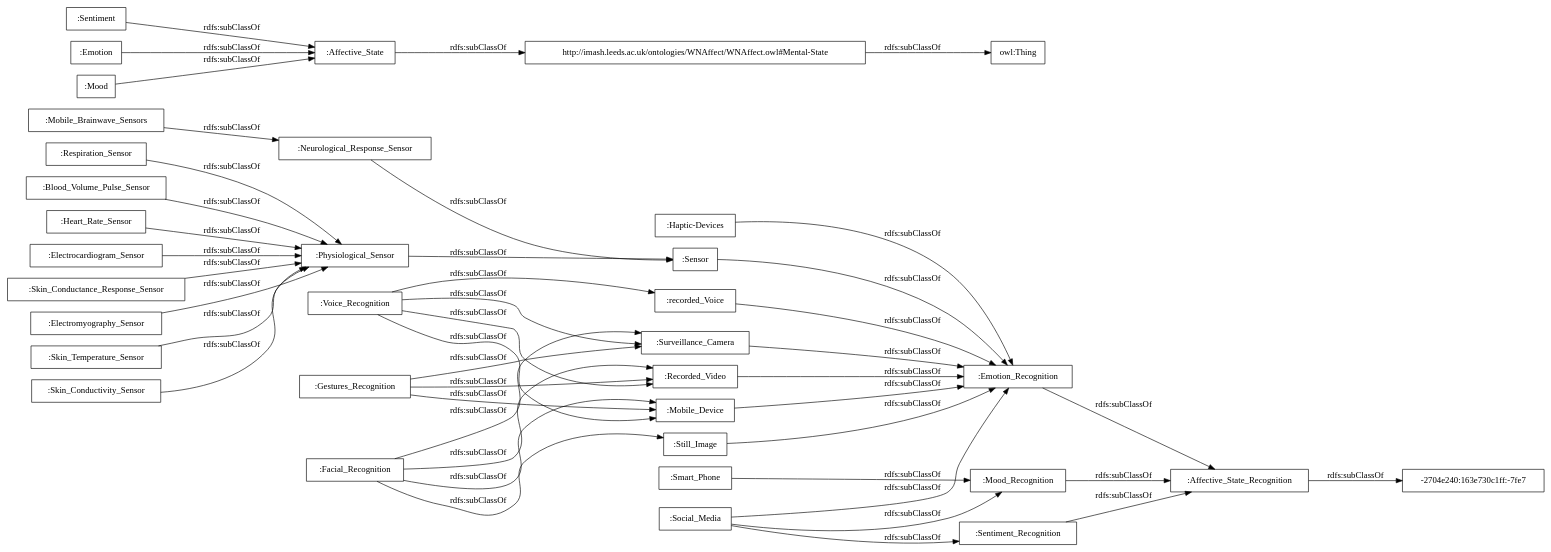
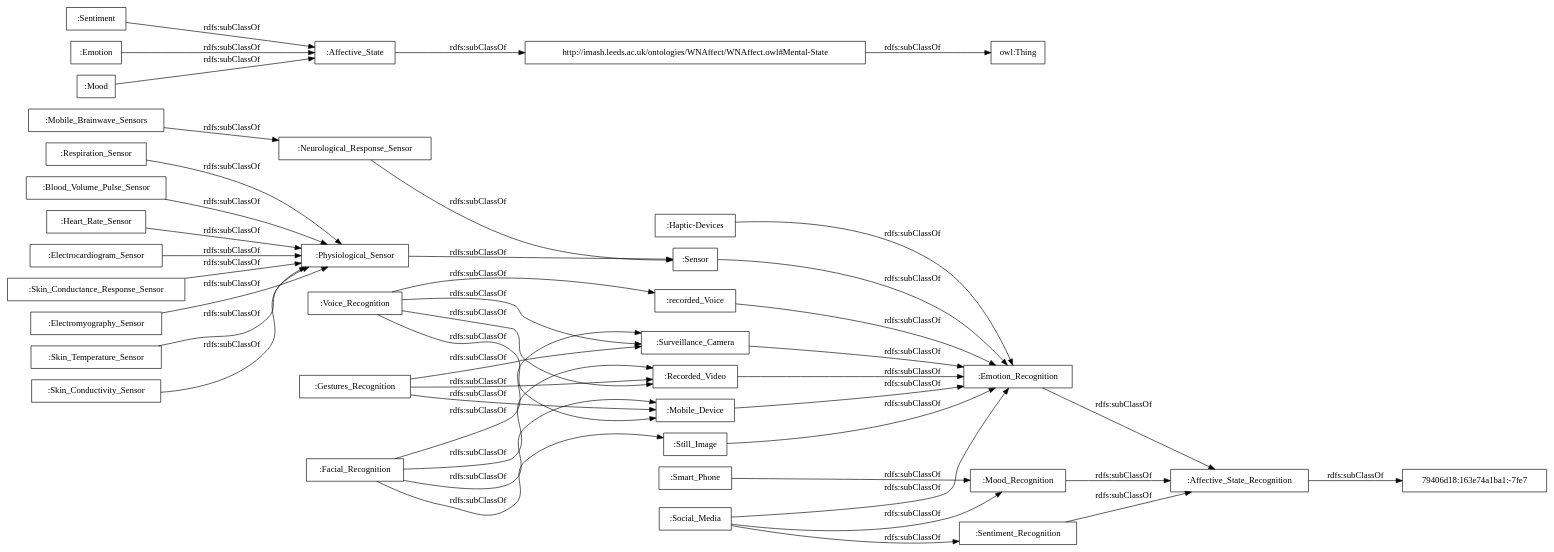
Before and after one commit to rana-othman/HASIO-Modularization: the diagram in OnToology/Affective_States_Recognition_Module.owl/diagrams/ar2dtool-taxonomy/Affective_States_Recognition_Module.owl.png.dot, drawn with Graphviz. The commit also changed 9 other files, not shown here.

```diff
--- a/OnToology/Affective_States_Recognition_Module.owl/diagrams/ar2dtool-taxonomy/Affective_States_Recognition_Module.owl.png.dot
+++ b/OnToology/Affective_States_Recognition_Module.owl/diagrams/ar2dtool-taxonomy/Affective_States_Recognition_Module.owl.png.dot
@@ -1,48 +1,48 @@
 digraph ar2dtool_diagram { 
 rankdir=LR;
 size="1000"
-node [shape = rectangle, color="black"]; ":Mobile_Device" ":Voice_Recognition" ":Sentiment" ":Heart_Rate_Sensor" ":Neurological_Response_Sensor" ":Haptic-Devices" ":Electrocardiogram_Sensor" ":Still_Image" ":Sensor" ":Emotion" ":Skin_Conductance_Response_Sensor" ":Mood" ":Mobile_Brainwave_Sensors" ":Affective_State" "-2704e240:163e730c1ff:-7fe7" ":recorded_Voice" ":Electromyography_Sensor" ":Physiological_Sensor" ":Emotion_Recognition" ":Skin_Temperature_Sensor" ":Facial_Recognition" ":Skin_Conductivity_Sensor" ":Recorded_Video" ":Surveillance_Camera" ":Smart_Phone" ":Gestures_Recognition" "http://imash.leeds.ac.uk/ontologies/WNAffect/WNAffect.owl#Mental-State" ":Mood_Recognition" ":Sentiment_Recognition" ":Social_Media" ":Respiration_Sensor" ":Blood_Volume_Pulse_Sensor" ":Affective_State_Recognition" ; /*classes style*/
+node [shape = rectangle, color="black"]; ":Mobile_Device" ":Voice_Recognition" ":Sentiment" ":Heart_Rate_Sensor" ":Neurological_Response_Sensor" ":Haptic-Devices" ":Electrocardiogram_Sensor" ":Still_Image" ":Sensor" ":Emotion" "79406d18:163e74a1ba1:-7fe7" ":Skin_Conductance_Response_Sensor" ":Mood" ":Mobile_Brainwave_Sensors" ":Affective_State" ":recorded_Voice" ":Electromyography_Sensor" ":Physiological_Sensor" ":Emotion_Recognition" ":Skin_Temperature_Sensor" ":Facial_Recognition" ":Skin_Conductivity_Sensor" ":Recorded_Video" ":Surveillance_Camera" ":Gestures_Recognition" "http://imash.leeds.ac.uk/ontologies/WNAffect/WNAffect.owl#Mental-State" ":Mood_Recognition" ":Smart_Phone" ":Sentiment_Recognition" ":Social_Media" ":Respiration_Sensor" ":Blood_Volume_Pulse_Sensor" ":Affective_State_Recognition" ; /*classes style*/
 	":Emotion_Recognition" -> ":Affective_State_Recognition" [ label = "rdfs:subClassOf" ];
 	":Voice_Recognition" -> ":recorded_Voice" [ label = "rdfs:subClassOf" ];
 	":Voice_Recognition" -> ":Surveillance_Camera" [ label = "rdfs:subClassOf" ];
 	":Voice_Recognition" -> ":Recorded_Video" [ label = "rdfs:subClassOf" ];
 	":Voice_Recognition" -> ":Mobile_Device" [ label = "rdfs:subClassOf" ];
 	":Skin_Conductance_Response_Sensor" -> ":Physiological_Sensor" [ label = "rdfs:subClassOf" ];
 	":Smart_Phone" -> ":Mood_Recognition" [ label = "rdfs:subClassOf" ];
 	":Electromyography_Sensor" -> ":Physiological_Sensor" [ label = "rdfs:subClassOf" ];
 	":recorded_Voice" -> ":Emotion_Recognition" [ label = "rdfs:subClassOf" ];
 	":Emotion" -> ":Affective_State" [ label = "rdfs:subClassOf" ];
 	":Skin_Conductivity_Sensor" -> ":Physiological_Sensor" [ label = "rdfs:subClassOf" ];
 	"http://imash.leeds.ac.uk/ontologies/WNAffect/WNAffect.owl#Mental-State" -> "owl:Thing" [ label = "rdfs:subClassOf" ];
 	":Facial_Recognition" -> ":Surveillance_Camera" [ label = "rdfs:subClassOf" ];
 	":Facial_Recognition" -> ":Still_Image" [ label = "rdfs:subClassOf" ];
 	":Facial_Recognition" -> ":Recorded_Video" [ label = "rdfs:subClassOf" ];
 	":Facial_Recognition" -> ":Mobile_Device" [ label = "rdfs:subClassOf" ];
 	":Skin_Temperature_Sensor" -> ":Physiological_Sensor" [ label = "rdfs:subClassOf" ];
 	":Sentiment" -> ":Affective_State" [ label = "rdfs:subClassOf" ];
 	":Mood_Recognition" -> ":Affective_State_Recognition" [ label = "rdfs:subClassOf" ];
 	":Neurological_Response_Sensor" -> ":Sensor" [ label = "rdfs:subClassOf" ];
 	":Affective_State" -> "http://imash.leeds.ac.uk/ontologies/WNAffect/WNAffect.owl#Mental-State" [ label = "rdfs:subClassOf" ];
 	":Mobile_Brainwave_Sensors" -> ":Neurological_Response_Sensor" [ label = "rdfs:subClassOf" ];
 	":Still_Image" -> ":Emotion_Recognition" [ label = "rdfs:subClassOf" ];
-	":Affective_State_Recognition" -> "-2704e240:163e730c1ff:-7fe7" [ label = "rdfs:subClassOf" ];
+	":Affective_State_Recognition" -> "79406d18:163e74a1ba1:-7fe7" [ label = "rdfs:subClassOf" ];
 	":Recorded_Video" -> ":Emotion_Recognition" [ label = "rdfs:subClassOf" ];
 	":Sentiment_Recognition" -> ":Affective_State_Recognition" [ label = "rdfs:subClassOf" ];
 	":Blood_Volume_Pulse_Sensor" -> ":Physiological_Sensor" [ label = "rdfs:subClassOf" ];
 	":Gestures_Recognition" -> ":Surveillance_Camera" [ label = "rdfs:subClassOf" ];
 	":Gestures_Recognition" -> ":Recorded_Video" [ label = "rdfs:subClassOf" ];
 	":Gestures_Recognition" -> ":Mobile_Device" [ label = "rdfs:subClassOf" ];
 	":Surveillance_Camera" -> ":Emotion_Recognition" [ label = "rdfs:subClassOf" ];
 	":Mobile_Device" -> ":Emotion_Recognition" [ label = "rdfs:subClassOf" ];
 	":Haptic-Devices" -> ":Emotion_Recognition" [ label = "rdfs:subClassOf" ];
 	":Physiological_Sensor" -> ":Sensor" [ label = "rdfs:subClassOf" ];
 	":Electrocardiogram_Sensor" -> ":Physiological_Sensor" [ label = "rdfs:subClassOf" ];
 	":Sensor" -> ":Emotion_Recognition" [ label = "rdfs:subClassOf" ];
 	":Mood" -> ":Affective_State" [ label = "rdfs:subClassOf" ];
 	":Heart_Rate_Sensor" -> ":Physiological_Sensor" [ label = "rdfs:subClassOf" ];
 	":Respiration_Sensor" -> ":Physiological_Sensor" [ label = "rdfs:subClassOf" ];
 	":Social_Media" -> ":Sentiment_Recognition" [ label = "rdfs:subClassOf" ];
 	":Social_Media" -> ":Mood_Recognition" [ label = "rdfs:subClassOf" ];
 	":Social_Media" -> ":Emotion_Recognition" [ label = "rdfs:subClassOf" ];
 
 }
```
